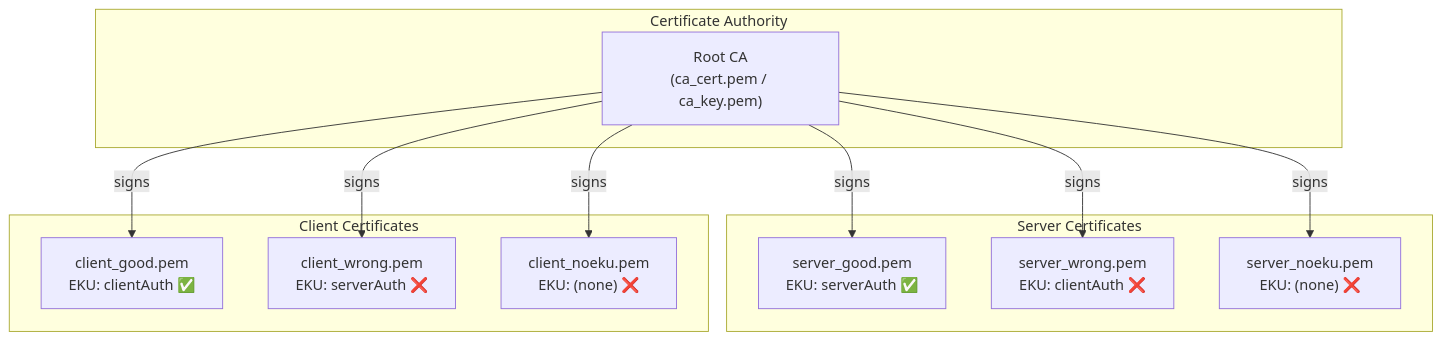
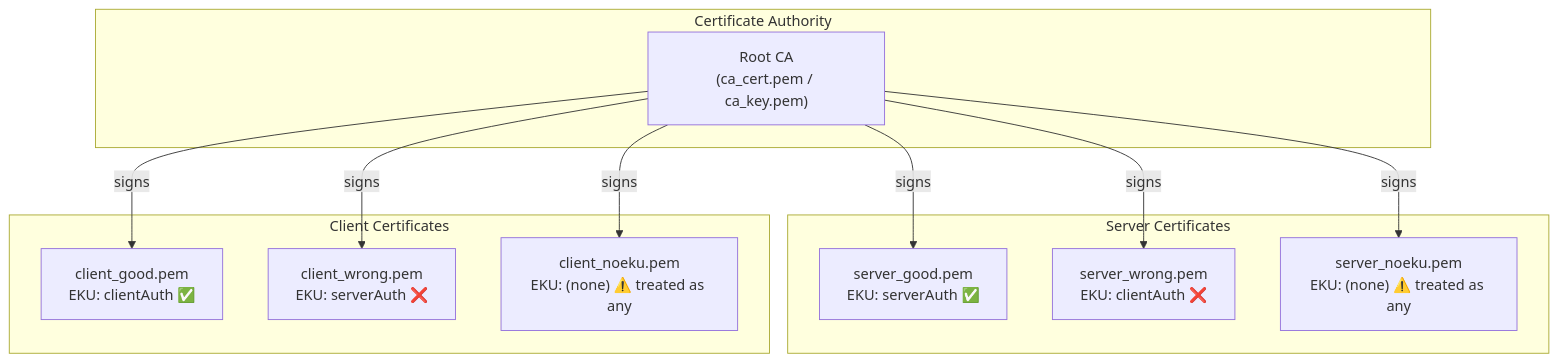
Before and after one commit to jaysonv/mtls-lab: the first of 6 diagrams in README.md, drawn with Mermaid. The commit also changed other lines of this file and 1 other file, not shown here.

First line of the commit message:
Update docs with verified test results and corrected EKU behavior

````diff
--- a/README.md
+++ b/README.md
@@ -15,25 +22,25 @@
 ```mermaid
 graph TB
     subgraph "Certificate Authority"
         CA["Root CA<br/>(ca_cert.pem / ca_key.pem)"]
     end
 
     subgraph "Server Certificates"
         SG["server_good.pem<br/>EKU: serverAuth ✅"]
         SW["server_wrong.pem<br/>EKU: clientAuth ❌"]
-        SN["server_noeku.pem<br/>EKU: (none) ❌"]
+        SN["server_noeku.pem<br/>EKU: (none) ⚠️ treated as any"]
     end
 
     subgraph "Client Certificates"
         CG["client_good.pem<br/>EKU: clientAuth ✅"]
         CW["client_wrong.pem<br/>EKU: serverAuth ❌"]
-        CN["client_noeku.pem<br/>EKU: (none) ❌"]
+        CN["client_noeku.pem<br/>EKU: (none) ⚠️ treated as any"]
     end
 
     CA -->|signs| SG
     CA -->|signs| SW
     CA -->|signs| SN
     CA -->|signs| CG
     CA -->|signs| CW
     CA -->|signs| CN
 ```
````
